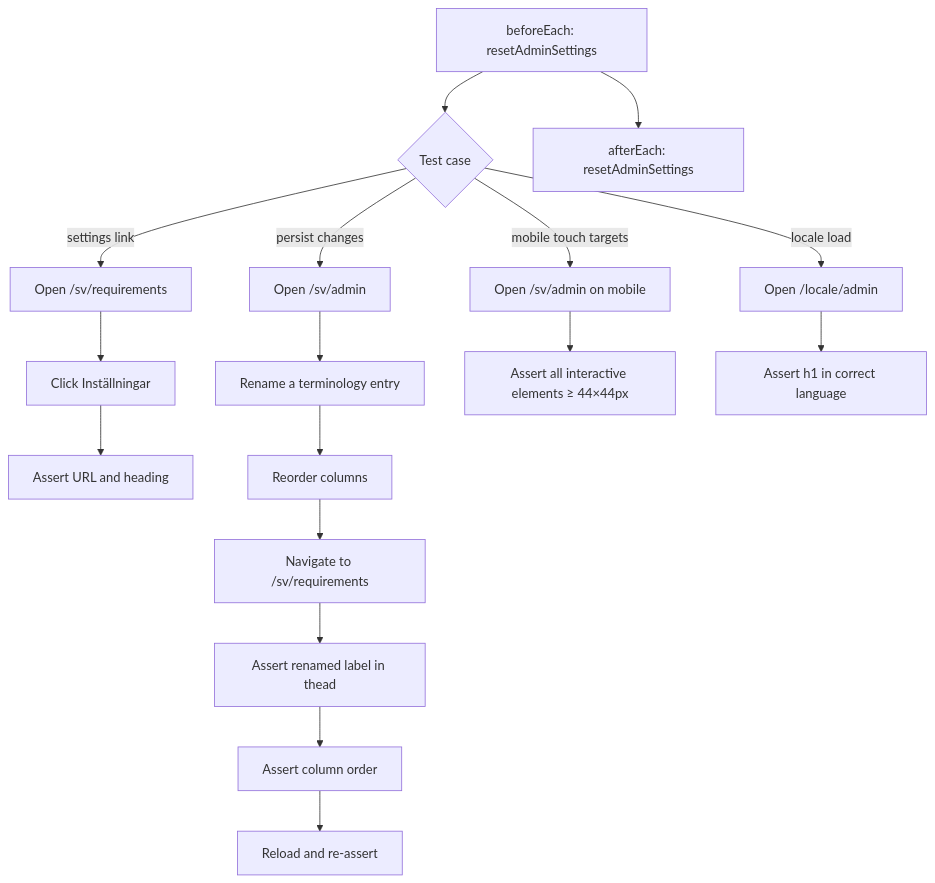
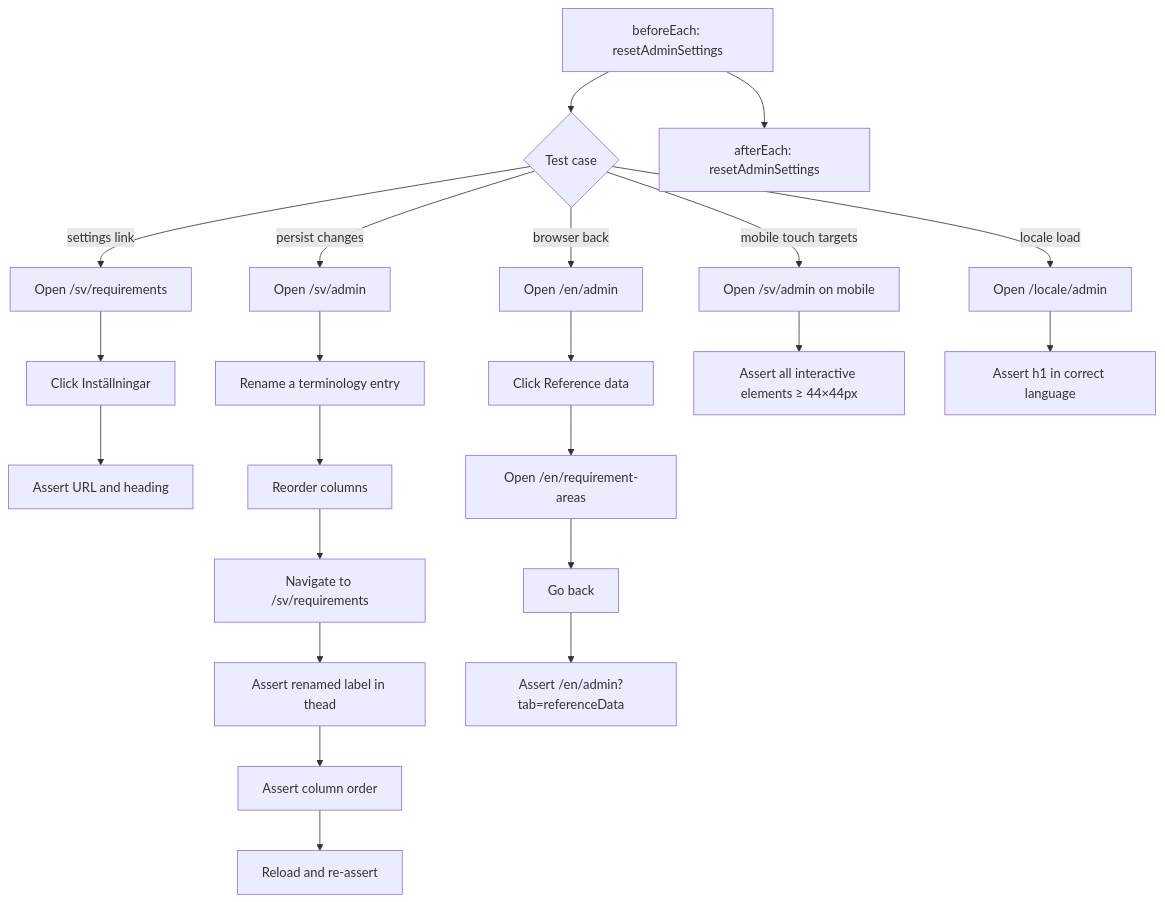
One commit to viscalyx/Kravhantering changed the first of 7 diagrams in tests/integration/admin-entrypoint.md. Above: the diagram before and after it, drawn with Mermaid. The commit also changed other lines of this file and 60 other files, not shown here.

````diff
--- a/tests/integration/admin-entrypoint.md
+++ b/tests/integration/admin-entrypoint.md
@@ -23,19 +24,24 @@
 ```mermaid
 flowchart TD
     A[beforeEach: resetAdminSettings] --> B{Test case}
     B -- settings link --> C[Open /sv/requirements]
     C --> D[Click Inställningar]
     D --> E[Assert URL and heading]
     B -- persist changes --> F[Open /sv/admin]
     F --> G[Rename a terminology entry]
     G --> H[Reorder columns]
     H --> I[Navigate to /sv/requirements]
     I --> J[Assert renamed label in thead]
     J --> K[Assert column order]
     K --> L[Reload and re-assert]
-    B -- mobile touch targets --> M[Open /sv/admin on mobile]
-    M --> N[Assert all interactive elements ≥ 44×44px]
-    B -- locale load --> O[Open /locale/admin]
-    O --> P[Assert h1 in correct language]
-    A --> Q[afterEach: resetAdminSettings]
+    B -- browser back --> M[Open /en/admin]
+    M --> N[Click Reference data]
+    N --> O[Open /en/requirement-areas]
+    O --> P[Go back]
+    P --> Q[Assert /en/admin?tab=referenceData]
+    B -- mobile touch targets --> R[Open /sv/admin on mobile]
+    R --> S[Assert all interactive elements ≥ 44×44px]
+    B -- locale load --> T[Open /locale/admin]
+    T --> U[Assert h1 in correct language]
+    A --> V[afterEach: resetAdminSettings]
 ```
````
